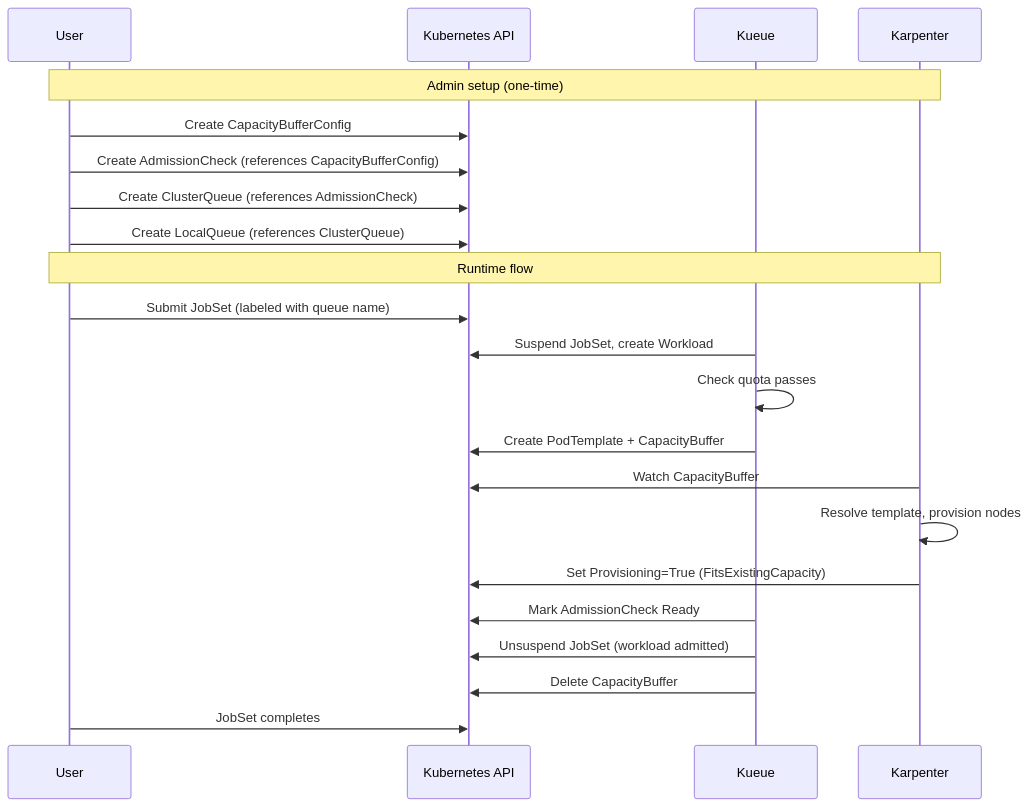
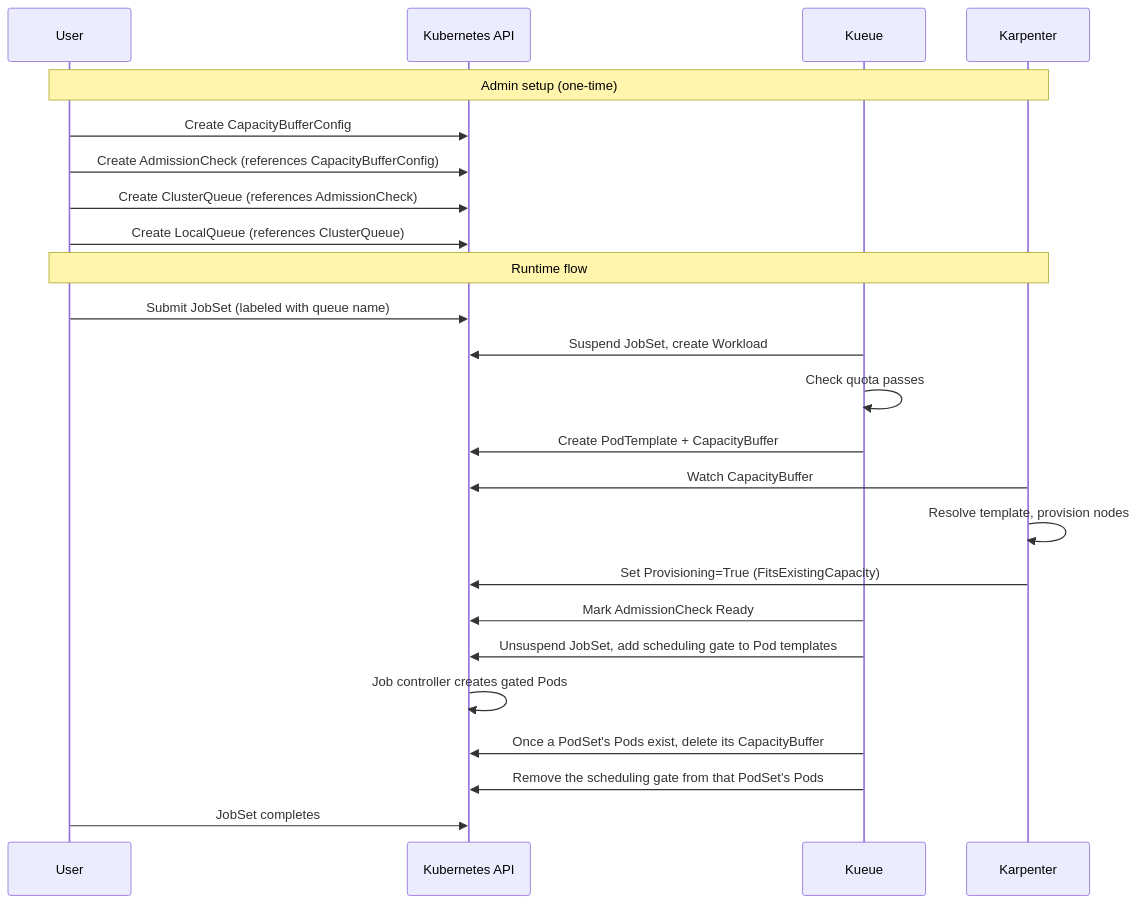
Before and after one commit to kubernetes-sigs/kueue: the second of 2 diagrams in keps/5133-capacity-buffer-support/README.md, drawn with Mermaid. The commit also changed other lines of this file and 1 other file, not shown here.

Commit message:
Describe CapacityBuffer Pod gating, retry backoff and interactions in KEP-5133

````diff
--- a/keps/5133-capacity-buffer-support/README.md
+++ b/keps/5133-capacity-buffer-support/README.md
@@ -242,26 +265,28 @@
 ```mermaid
 sequenceDiagram
     participant User
     participant K8s as Kubernetes API
     participant Kueue
     participant Karpenter
 
     Note over User,Karpenter: Admin setup (one-time)
     User->>K8s: Create CapacityBufferConfig
     User->>K8s: Create AdmissionCheck (references CapacityBufferConfig)
     User->>K8s: Create ClusterQueue (references AdmissionCheck)
     User->>K8s: Create LocalQueue (references ClusterQueue)
 
     Note over User,Karpenter: Runtime flow
     User->>K8s: Submit JobSet (labeled with queue name)
     Kueue->>K8s: Suspend JobSet, create Workload
     Kueue->>Kueue: Check quota passes
     Kueue->>K8s: Create PodTemplate + CapacityBuffer
     Karpenter->>K8s: Watch CapacityBuffer
     Karpenter->>Karpenter: Resolve template, provision nodes
     Karpenter->>K8s: Set Provisioning=True (FitsExistingCapacity)
     Kueue->>K8s: Mark AdmissionCheck Ready
-    Kueue->>K8s: Unsuspend JobSet (workload admitted)
-    Kueue->>K8s: Delete CapacityBuffer
+    Kueue->>K8s: Unsuspend JobSet, add scheduling gate to Pod templates
+    K8s->>K8s: Job controller creates gated Pods
+    Kueue->>K8s: Once a PodSet's Pods exist, delete its CapacityBuffer
+    Kueue->>K8s: Remove the scheduling gate from that PodSet's Pods
     User->>K8s: JobSet completes
 ```
````
